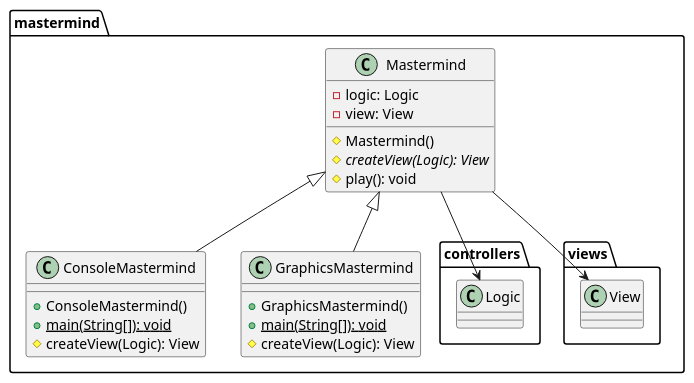
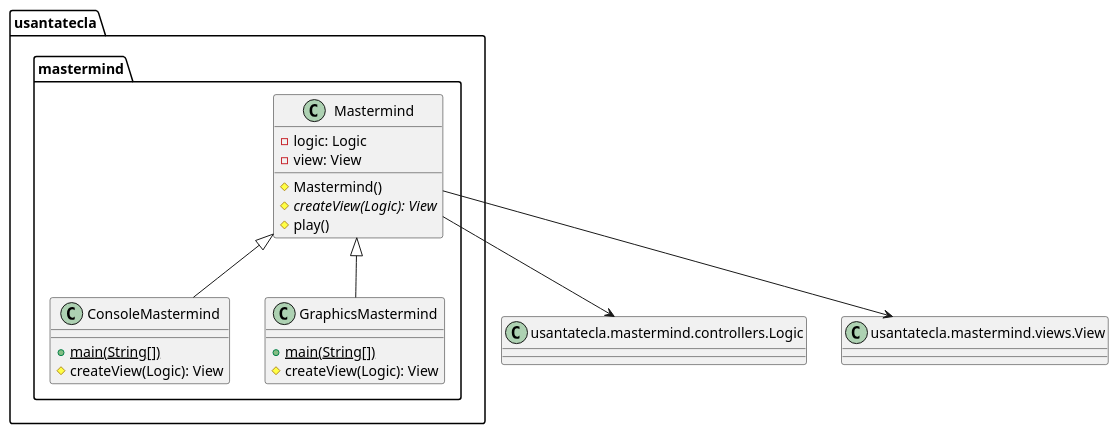
Before and after one commit to SantaTecla-mastermind/solution.java.swing.socket.sql: the first of 6 diagrams in modelViewPresenter/presentationModel/withFacade/docs/diagrams/src/paquetes.plantuml, drawn with PlantUML. The commit also changed other lines of this file and 9 other files, not shown here.

Commit message:
Diagrams MVP WithFacade finished

```diff
--- a/modelViewPresenter/presentationModel/withFacade/docs/diagrams/src/paquetes.plantuml
+++ b/modelViewPresenter/presentationModel/withFacade/docs/diagrams/src/paquetes.plantuml
@@ -1,25 +1,33 @@
 @startuml mastermind
-class  mastermind.ConsoleMastermind{
-+ ConsoleMastermind()
-+ {static} main(String[]): void
+class  usantatecla.mastermind.ConsoleMastermind{
++ {static} main(String[])
 # createView(Logic): View
 }
-mastermind.Mastermind <|-down- mastermind.ConsoleMastermind
+usantatecla.mastermind.Mastermind <|-down- usantatecla.mastermind.ConsoleMastermind
 
-class  mastermind.GraphicsMastermind{
-+ GraphicsMastermind()
-+ {static} main(String[]): void
+class  usantatecla.mastermind.GraphicsMastermind{
++ {static} main(String[])
 # createView(Logic): View
 }
-mastermind.Mastermind <|-down- mastermind.GraphicsMastermind
+usantatecla.mastermind.Mastermind <|-down- usantatecla.mastermind.GraphicsMastermind
 
-class  mastermind.Mastermind{
+class  usantatecla.mastermind.Mastermind{
 - logic: Logic
 - view: View
 # Mastermind()
 # {abstract} createView(Logic): View
-# play(): void
+# play()
 }
-mastermind.Mastermind --> mastermind.controllers.Logic
-mastermind.Mastermind --> mastermind.views.View
+class Logic as "usantatecla.mastermind.controllers.Logic" {
+
+
+}
+class View as "usantatecla.mastermind.views.View" {
+
+
+}
+usantatecla.mastermind.Mastermind --> Logic
+usantatecla.mastermind.Mastermind --> View
+
+
 @enduml
```
